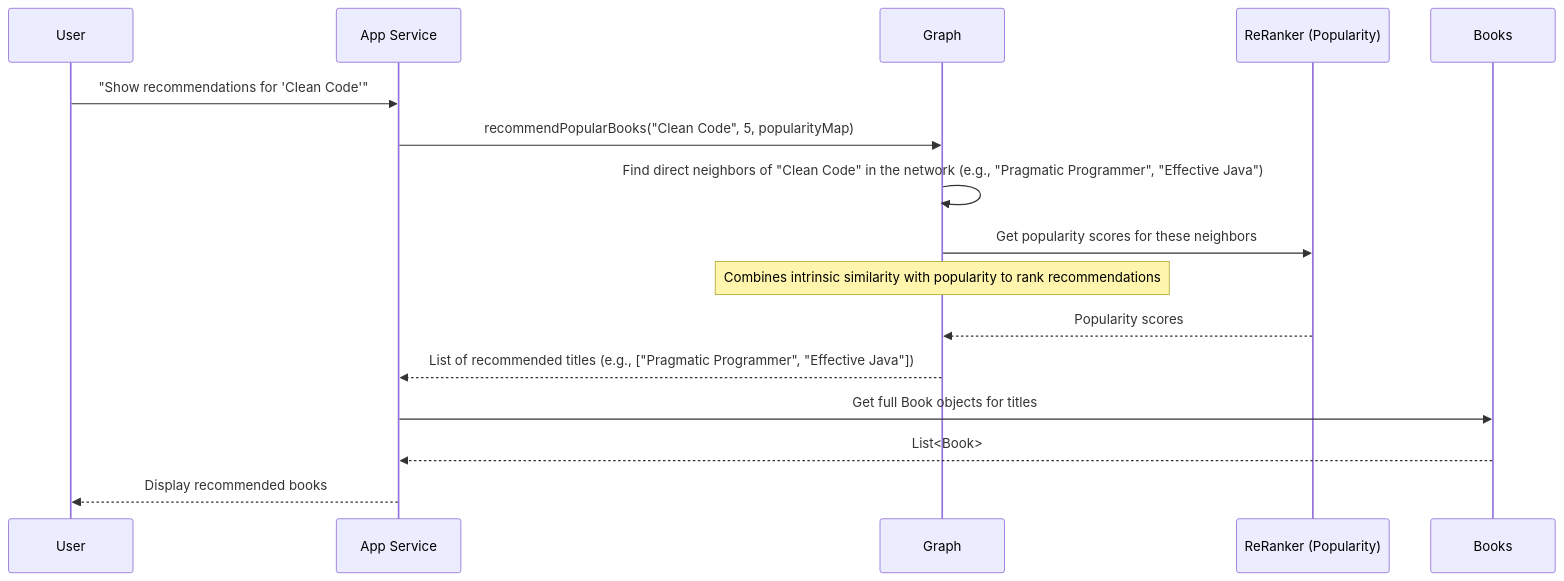
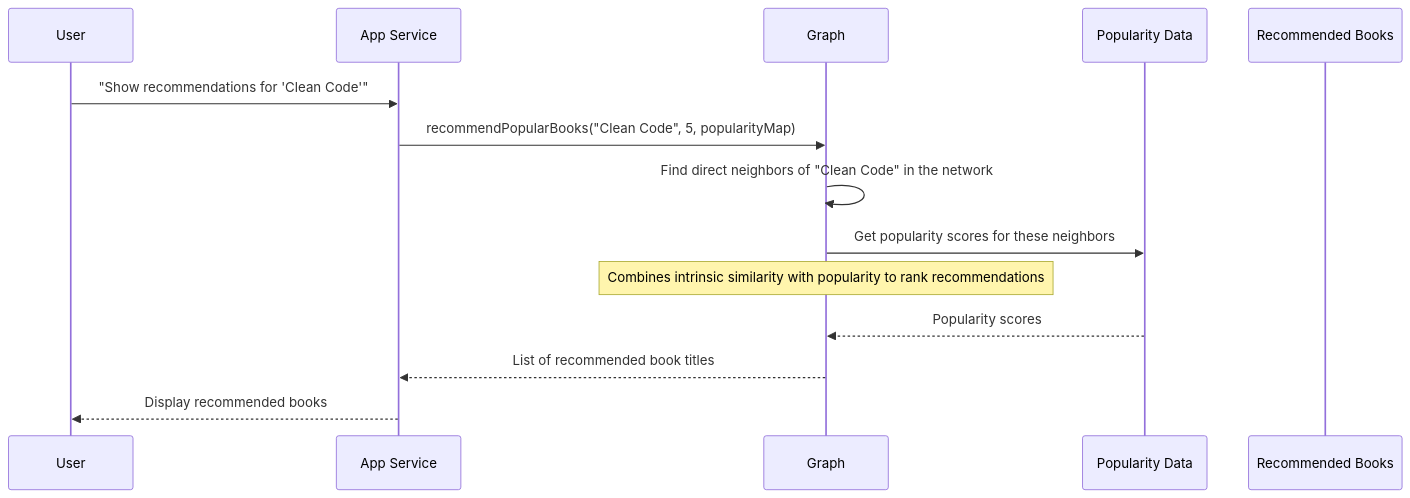
One commit to Kas-sim/DevShelf changed the third of 3 diagrams in documentation/Chapter 7 Search Enhancement & Recommendations.md. Above: the diagram before and after it, drawn with Mermaid. The commit also changed other lines of this file, not shown here.

````diff
--- a/documentation/Chapter 7 Search Enhancement & Recommendations.md
+++ b/documentation/Chapter 7 Search Enhancement & Recommendations.md
@@ -248,19 +239,17 @@
 ```mermaid
 sequenceDiagram
     participant User
     participant App Service
     participant Graph
-    participant ReRanker (Popularity)
-    participant Books
+    participant Popularity Data
+    participant Recommended Books
 
     User->>App Service: "Show recommendations for 'Clean Code'"
     App Service->>Graph: recommendPopularBooks("Clean Code", 5, popularityMap)
-    Graph->>Graph: Find direct neighbors of "Clean Code" in the network (e.g., "Pragmatic Programmer", "Effective Java")
-    Graph->>ReRanker (Popularity): Get popularity scores for these neighbors
+    Graph->>Graph: Find direct neighbors of "Clean Code" in the network
+    Graph->>Popularity Data: Get popularity scores for these neighbors
     Note over Graph: Combines intrinsic similarity with popularity to rank recommendations
-    ReRanker (Popularity)-->>Graph: Popularity scores
-    Graph-->>App Service: List of recommended titles (e.g., ["Pragmatic Programmer", "Effective Java"])
-    App Service->>Books: Get full Book objects for titles
-    Books-->>App Service: List<Book>
+    Popularity Data-->>Graph: Popularity scores
+    Graph-->>App Service: List of recommended book titles
     App Service-->>User: Display recommended books
 ```
````
